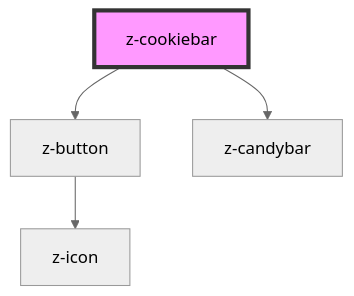
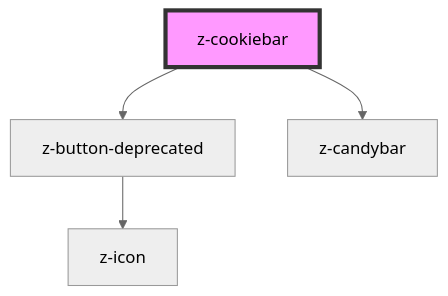
One commit to ZanichelliEditore/design-system changed the diagram in src/components/notification/z-cookiebar/readme.md. Above: the diagram before and after it, drawn with Mermaid (neutral theme). The commit also changed other lines of this file and 61 other files, not shown here.

Commit message:
chore: use z-button-deprecated

````diff
--- a/src/components/notification/z-cookiebar/readme.md
+++ b/src/components/notification/z-cookiebar/readme.md
@@ -32,7 +32,7 @@
 ```mermaid
 graph TD;
-  z-cookiebar --> z-button
+  z-cookiebar --> z-button-deprecated
   z-cookiebar --> z-candybar
-  z-button --> z-icon
+  z-button-deprecated --> z-icon
   style z-cookiebar fill:#f9f,stroke:#333,stroke-width:4px
 ```
````
